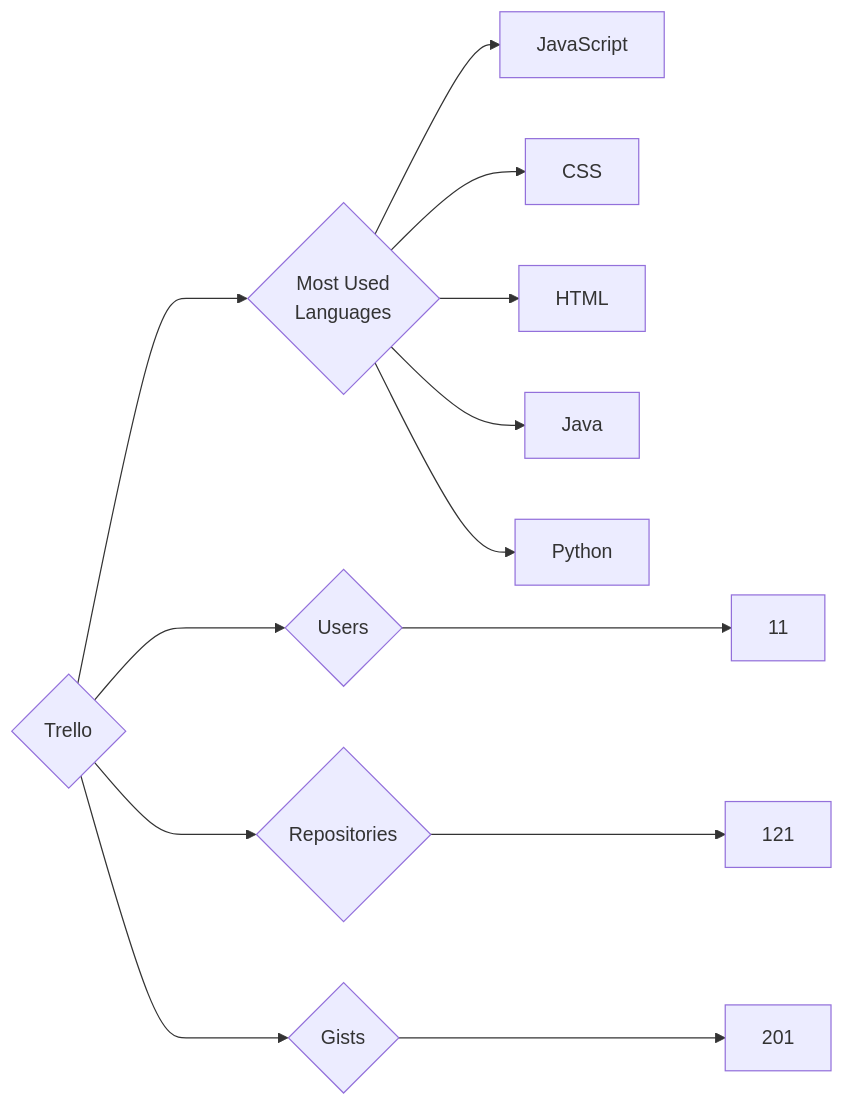
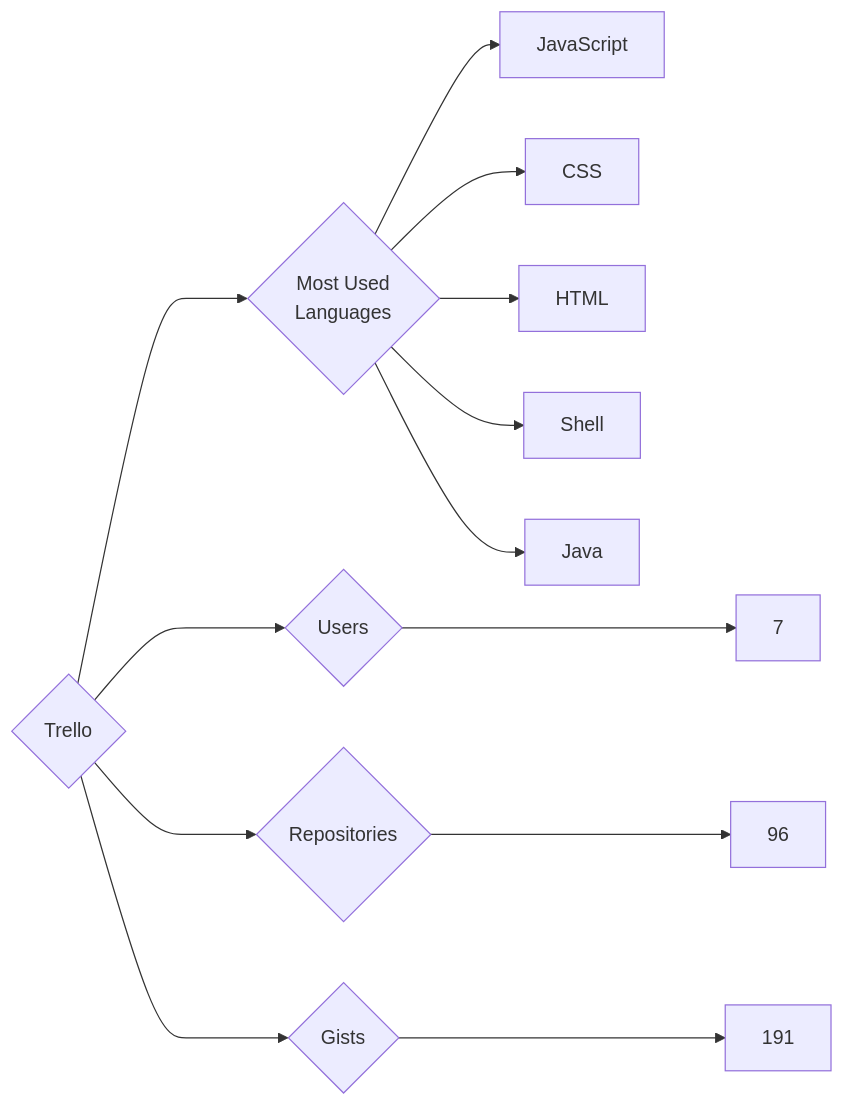
One commit to trickest/insiders changed the diagram in targets/Trello/README.md. Above: the diagram before and after it, drawn with Mermaid. The commit also changed 940 other files, not shown here.

````diff
--- a/targets/Trello/README.md
+++ b/targets/Trello/README.md
@@ -3,13 +3,13 @@
 ```mermaid
 graph LR
 COMPANY_NAME{Trello}
-COMPANY_NAME ---> U{Users} ---> UN[11]
-COMPANY_NAME ---> R{Repositories} ---> RN[121]
-COMPANY_NAME ---> G{Gists} ---> GN[201]
+COMPANY_NAME ---> U{Users} ---> UN[7]
+COMPANY_NAME ---> R{Repositories} ---> RN[96]
+COMPANY_NAME ---> G{Gists} ---> GN[191]
 COMPANY_NAME ---> ML{Most Used<br>Languages}
 ML --> JavaScript[JavaScript]
 ML --> CSS[CSS]
 ML --> HTML[HTML]
+ML --> Shell[Shell]
 ML --> Java[Java]
-ML --> Python[Python]
 ```
````
